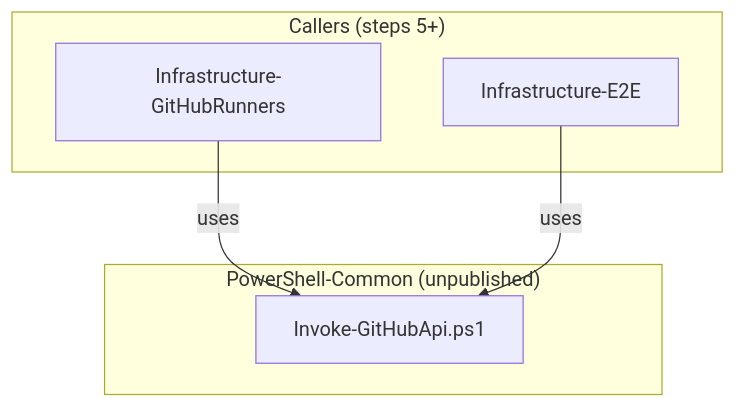
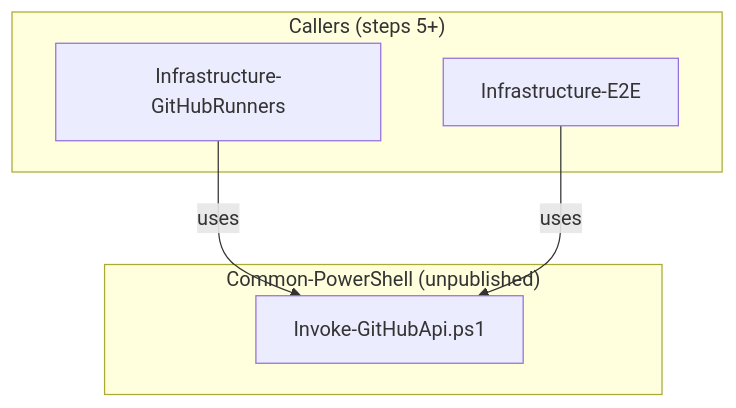
Before and after one commit to Klark-Morrigan/Infrastructure-E2E: the second of 12 diagrams in docs/dev/implementation/-1 - initial implementation/plan.md, drawn with Mermaid. The commit also changed other lines of this file and 38 other files, not shown here.

````diff
--- a/docs/dev/implementation/-1 - initial implementation/plan.md
+++ b/docs/dev/implementation/-1 - initial implementation/plan.md
@@ -142,14 +142,14 @@
 ```mermaid
 graph TD
-    subgraph Common["PowerShell-Common (unpublished)"]
+    subgraph Common["Common-PowerShell (unpublished)"]
         GHA["Invoke-GitHubApi.ps1"]
     end
 
     subgraph Callers["Callers (steps 5+)"]
         GHR["Infrastructure-GitHubRunners"]
         E2E["Infrastructure-E2E"]
     end
 
     GHR -->|uses| GHA
     E2E -->|uses| GHA
 ```
````
